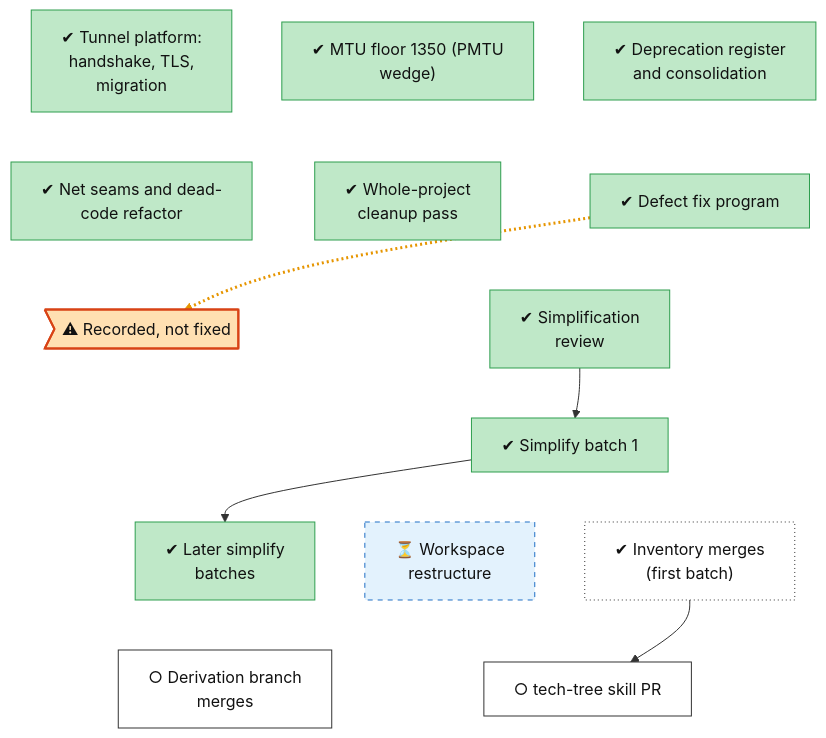
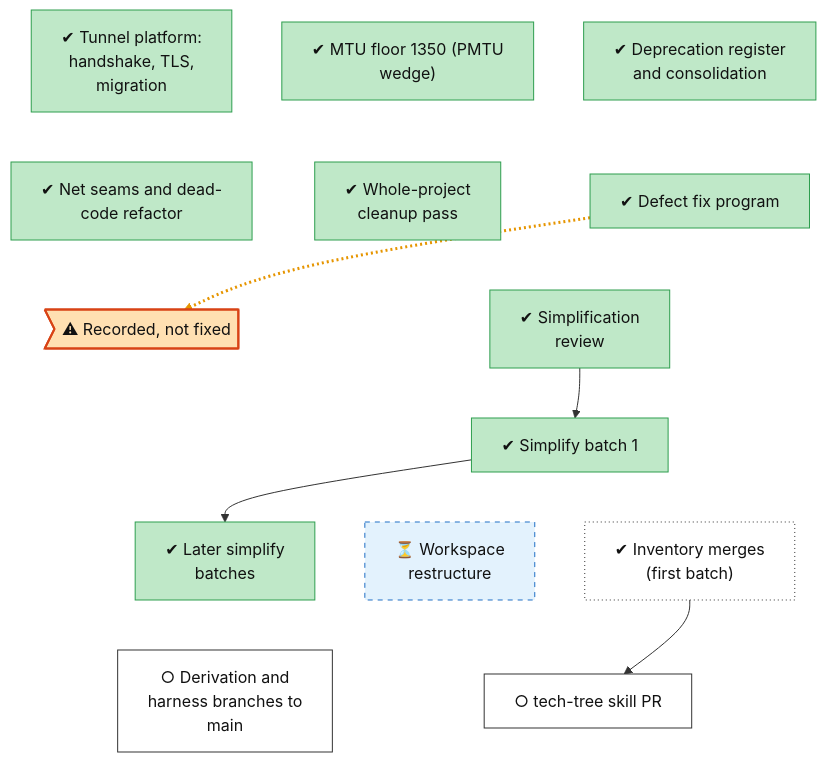
The diagram in docs/roadmap/tracks/infra.md (lhns/raptorpath), drawn with Mermaid before and after one commit. The commit also changed other lines of this file and 10 other files, not shown here.

````diff
--- a/docs/roadmap/tracks/infra.md
+++ b/docs/roadmap/tracks/infra.md
@@ -10,54 +10,54 @@
 ```mermaid
 flowchart TB
     infra_early_platform["✔ Tunnel platform:<br/>handshake, TLS,<br/>migration"]
     infra_mtu_floor["✔ MTU floor 1350 (PMTU<br/>wedge)"]
     infra_consolidation["✔ Deprecation register<br/>and consolidation"]
     infra_net_seams["✔ Net seams and dead-<br/>code refactor"]
     infra_cleanup_0927["✔ Whole-project<br/>cleanup pass"]
     infra_fix_program["✔ Defect fix program"]
     infra_defect_recorded_not_fixed>"⚠ Recorded, not fixed"]
     infra_simplify_review["✔ Simplification<br/>review"]
     infra_simplify_batch1["✔ Simplify batch 1"]
     infra_simplify_batch2["✔ Later simplify<br/>batches"]
     infra_restructure["⏳ Workspace<br/>restructure"]
     infra_inventory_merges["✔ Inventory merges<br/>(first batch)"]
-    infra_derivation_merges["○ Derivation branch<br/>merges"]
+    infra_derivation_merges["○ Derivation and<br/>harness branches to<br/>main"]
     infra_tech_tree_skill["○ tech-tree skill PR"]
     infra_early_platform ~~~ infra_net_seams
     infra_mtu_floor ~~~ infra_cleanup_0927
     infra_consolidation ~~~ infra_fix_program
     infra_net_seams ~~~ infra_defect_recorded_not_fixed
     infra_cleanup_0927 ~~~ infra_simplify_review
     infra_fix_program ~~~ infra_simplify_review
     infra_defect_recorded_not_fixed ~~~ infra_simplify_batch1
     infra_simplify_review ~~~ infra_simplify_batch1
     infra_simplify_batch1 ~~~ infra_simplify_batch2
     infra_simplify_batch1 ~~~ infra_restructure
     infra_simplify_batch1 ~~~ infra_inventory_merges
     infra_simplify_batch2 ~~~ infra_derivation_merges
     infra_restructure ~~~ infra_tech_tree_skill
     infra_inventory_merges ~~~ infra_tech_tree_skill
     infra_fix_program -.-> infra_defect_recorded_not_fixed
     infra_simplify_review --> infra_simplify_batch1
     infra_simplify_batch1 --> infra_simplify_batch2
     infra_inventory_merges --> infra_tech_tree_skill
     linkStyle 14 stroke:#e69500,stroke-width:3px,stroke-dasharray:2 3
     classDef vsucc fill:#2e9e4f,stroke:#1b6b34,color:#fff
     classDef succ fill:#bfe8c8,stroke:#2e9e4f,color:#111
     classDef mixed fill:#ffd37a,stroke:#c98a00,color:#111
     classDef bad fill:#f28b82,stroke:#b3261e,color:#111
     classDef dead fill:#e6e6e6,stroke:#777,stroke-dasharray:5 5,color:#555
     classDef inprog fill:#a8cdf5,stroke:#1f6fc5,color:#111
     classDef next fill:#fff,stroke:#333,color:#111
     classDef blocked fill:#fff,stroke:#b3261e,stroke-dasharray:2 2,color:#111
     classDef parked fill:#f3f3f3,stroke:#999,color:#555
     classDef unrated fill:#fff,stroke:#333,stroke-dasharray:1 3,color:#111
     classDef userdec fill:#d9c2f0,stroke:#7b3fb5,color:#111
     classDef defect fill:#ffe0b2,stroke:#d84315,stroke-width:2px,color:#111
     classDef waiting fill:#e3f2fd,stroke:#1f6fc5,stroke-dasharray:5 5,color:#111
     class infra_early_platform,infra_mtu_floor,infra_consolidation,infra_net_seams,infra_cleanup_0927,infra_fix_program,infra_simplify_review,infra_simplify_batch1,infra_simplify_batch2 succ
     class infra_defect_recorded_not_fixed defect
     class infra_restructure waiting
     class infra_inventory_merges unrated
     class infra_derivation_merges,infra_tech_tree_skill next
 ```
````
